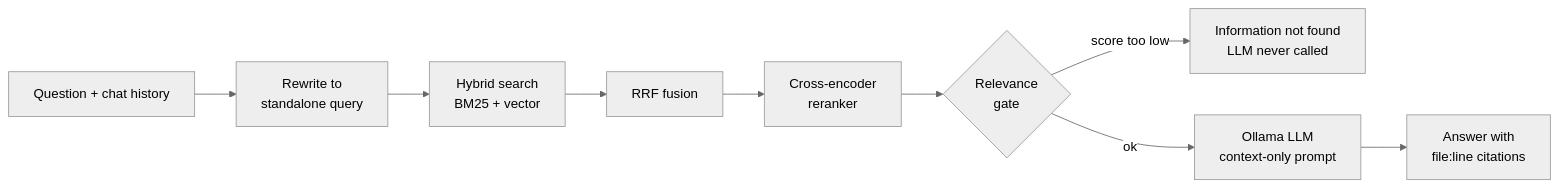
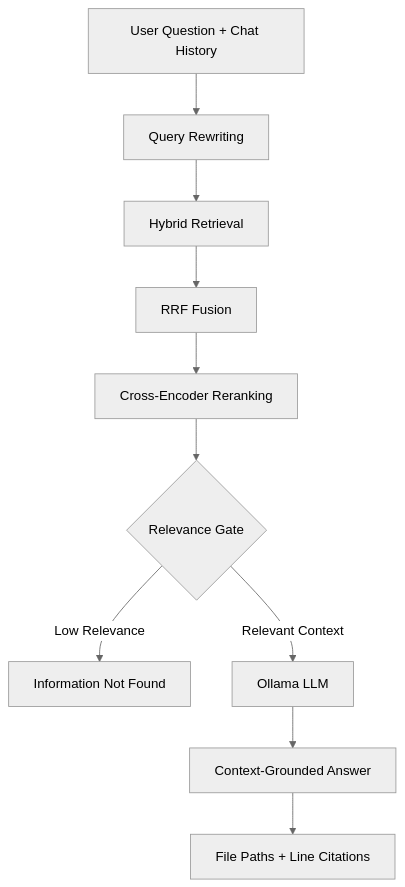
Before and after one commit to gayatri21111/Repomind: the second of 2 diagrams in README.md, drawn with Mermaid (neutral theme). The commit also changed other lines of this file, not shown here.

````diff
--- a/README.md
+++ b/README.md
@@ -36,11 +52,12 @@
 ```mermaid
-flowchart LR
-    Q[Question + chat history] --> R[Rewrite to<br/>standalone query]
-    R --> H[Hybrid search<br/>BM25 + vector]
-    H --> F[RRF fusion]
-    F --> X[Cross-encoder<br/>reranker]
-    X --> G{Relevance<br/>gate}
-    G -- score too low --> N[Information not found<br/>LLM never called]
-    G -- ok --> L[Ollama LLM<br/>context-only prompt]
-    L --> A[Answer with<br/>file:line citations]
+flowchart TD
+    A[User Question + Chat History] --> B[Query Rewriting]
+    B --> C[Hybrid Retrieval]
+    C --> D[RRF Fusion]
+    D --> E[Cross-Encoder Reranking]
+    E --> F{Relevance Gate}
+    F -->|Low Relevance| G[Information Not Found]
+    F -->|Relevant Context| H[Ollama LLM]
+    H --> I[Context-Grounded Answer]
+    I --> J[File Paths + Line Citations]
 ```
````
